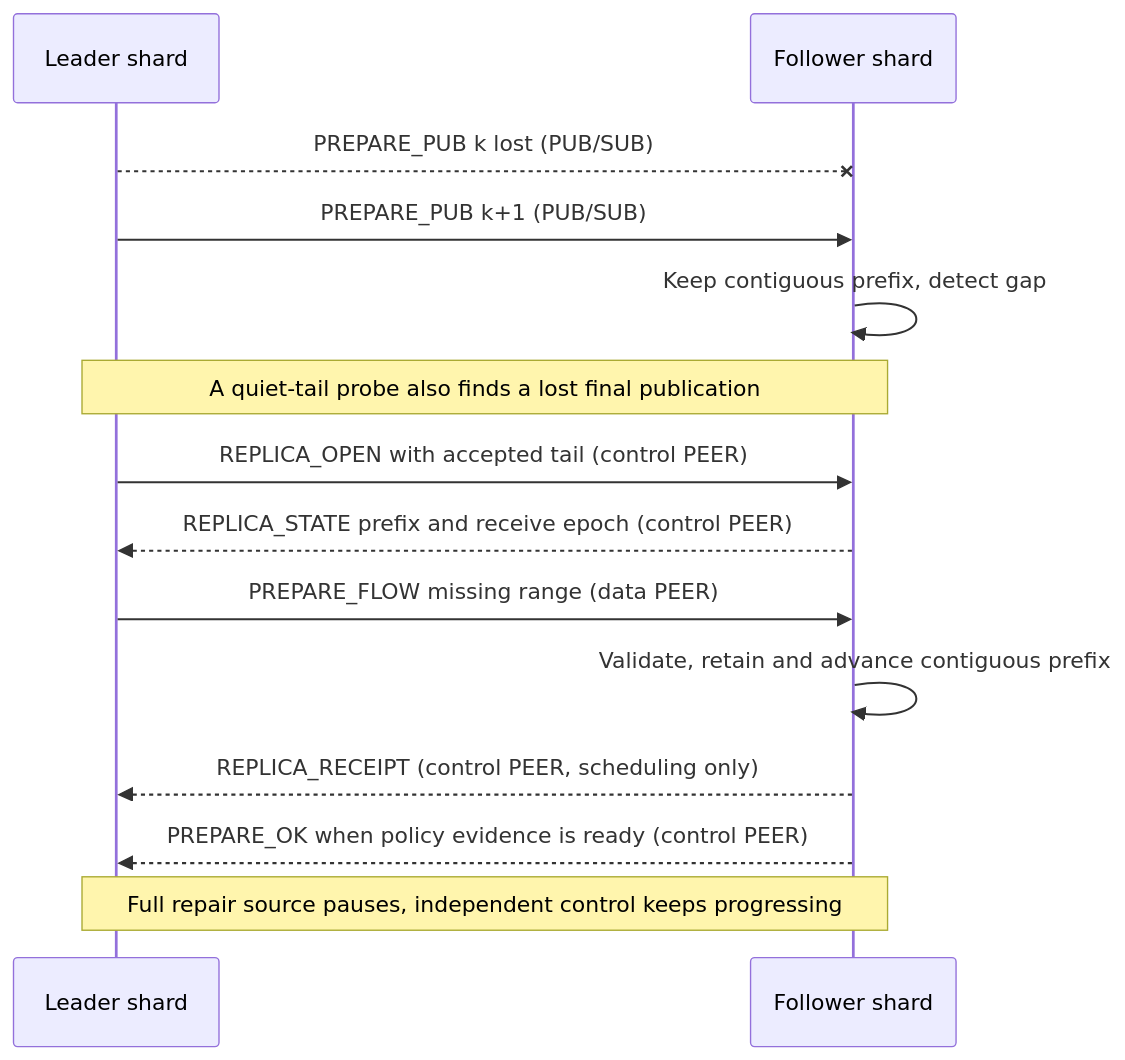
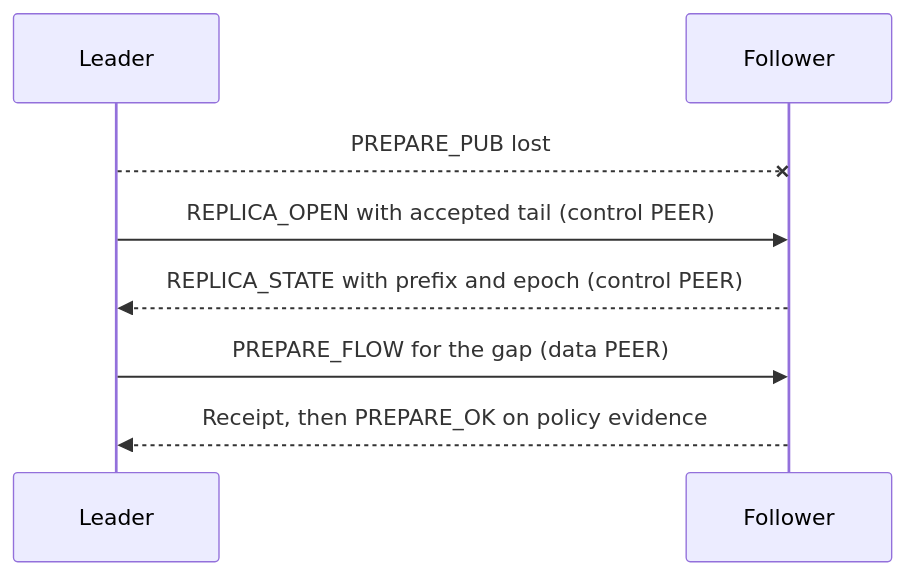
The first of 2 diagrams in doc/REPLICATION.md (paddor/ozzy), drawn with Mermaid before and after one commit. The commit also changed other lines of this file and 801 other files, not shown here.

````diff
--- a/doc/REPLICATION.md
+++ b/doc/REPLICATION.md
@@ -114,16 +77,10 @@
 ```mermaid
 sequenceDiagram
-    participant L as Leader shard
-    participant F as Follower shard
-    L--xF: PREPARE_PUB k lost (PUB/SUB)
-    L->>F: PREPARE_PUB k+1 (PUB/SUB)
-    F->>F: Keep contiguous prefix, detect gap
-    Note over L,F: A quiet-tail probe also finds a lost final publication
+    participant L as Leader
+    participant F as Follower
+    L--xF: PREPARE_PUB lost
     L->>F: REPLICA_OPEN with accepted tail (control PEER)
-    F-->>L: REPLICA_STATE prefix and receive epoch (control PEER)
-    L->>F: PREPARE_FLOW missing range (data PEER)
-    F->>F: Validate, retain and advance contiguous prefix
-    F-->>L: REPLICA_RECEIPT (control PEER, scheduling only)
-    F-->>L: PREPARE_OK when policy evidence is ready (control PEER)
-    Note over L,F: Full repair source pauses, independent control keeps progressing
+    F-->>L: REPLICA_STATE with prefix and epoch (control PEER)
+    L->>F: PREPARE_FLOW for the gap (data PEER)
+    F-->>L: Receipt, then PREPARE_OK on policy evidence
 ```
````
